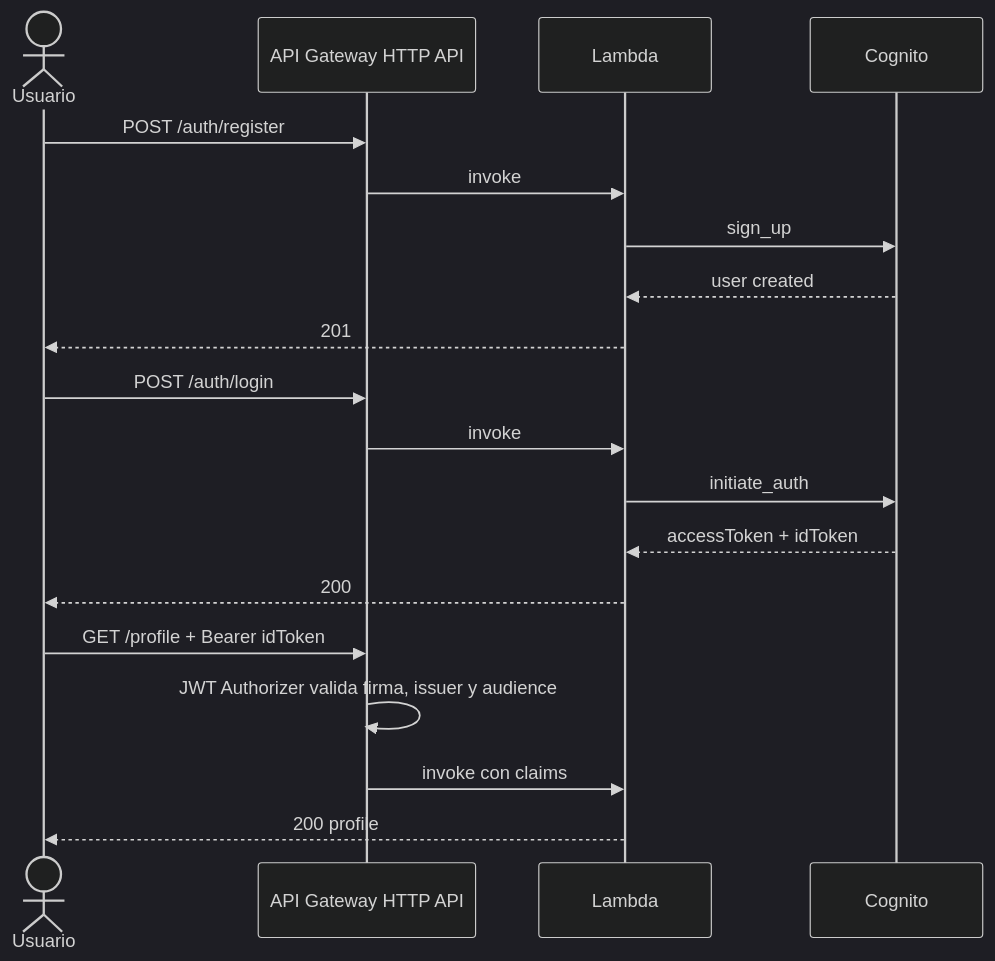
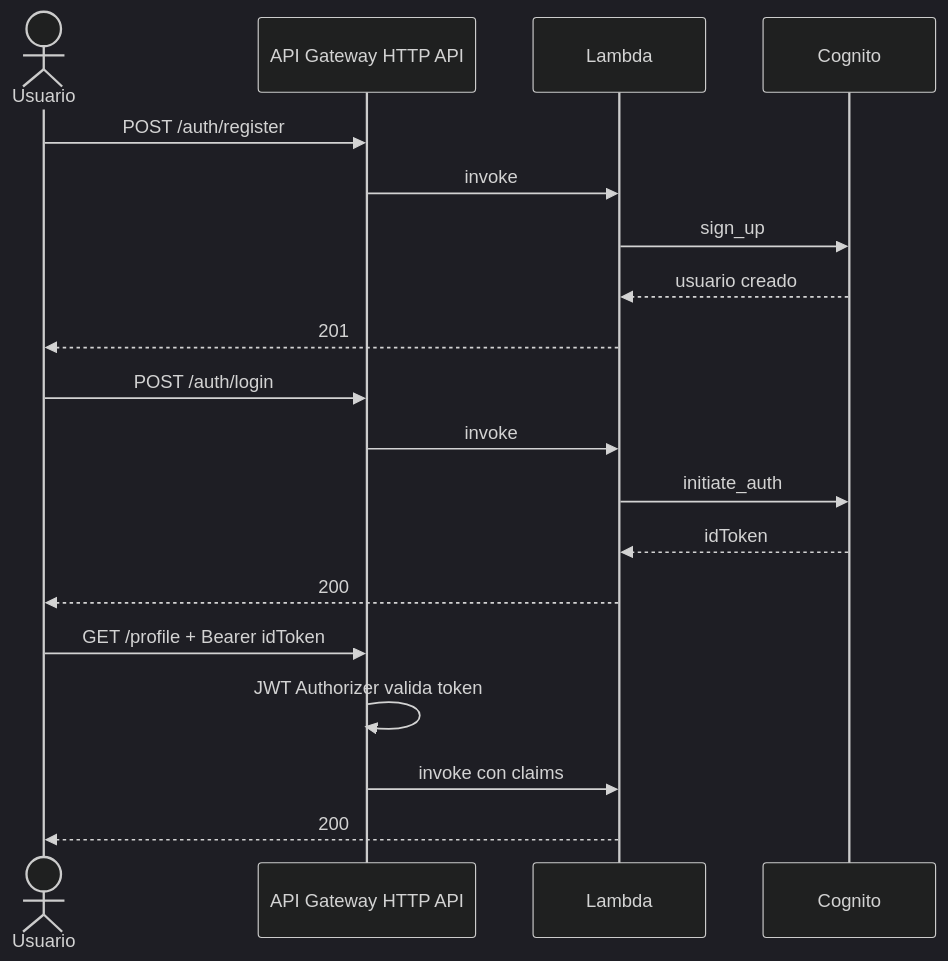
Before and after one commit to vladimiracunadev-create/proyectos-aws: the second of 3 diagrams in caso-f-security-cognito/docs/architecture.md, drawn with Mermaid (dark theme). The commit also changed other lines of this file and 11 other files, not shown here.

````diff
--- a/caso-f-security-cognito/docs/architecture.md
+++ b/caso-f-security-cognito/docs/architecture.md
@@ -32,24 +36,24 @@
 ```mermaid
 sequenceDiagram
     actor U as Usuario
     participant APIGW as API Gateway HTTP API
     participant L as Lambda
     participant C as Cognito
 
     U->>APIGW: POST /auth/register
     APIGW->>L: invoke
     L->>C: sign_up
-    C-->>L: user created
+    C-->>L: usuario creado
     L-->>U: 201
 
     U->>APIGW: POST /auth/login
     APIGW->>L: invoke
     L->>C: initiate_auth
-    C-->>L: accessToken + idToken
+    C-->>L: idToken
     L-->>U: 200
 
     U->>APIGW: GET /profile + Bearer idToken
-    APIGW->>APIGW: JWT Authorizer valida firma, issuer y audience
+    APIGW->>APIGW: JWT Authorizer valida token
     APIGW->>L: invoke con claims
-    L-->>U: 200 profile
+    L-->>U: 200
 ```
````
